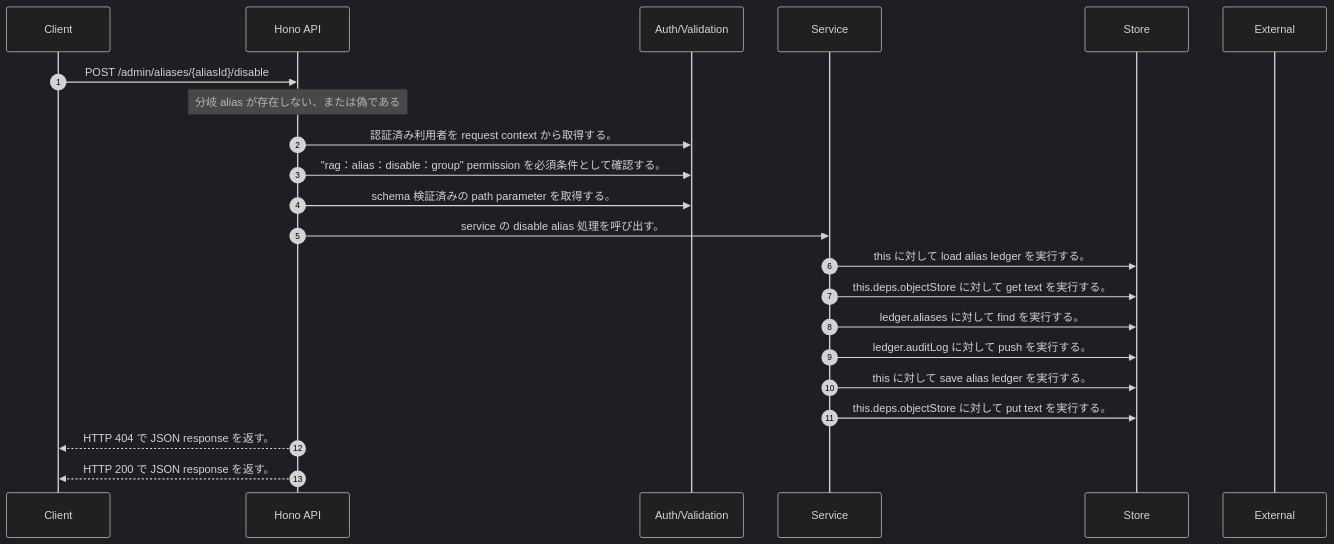
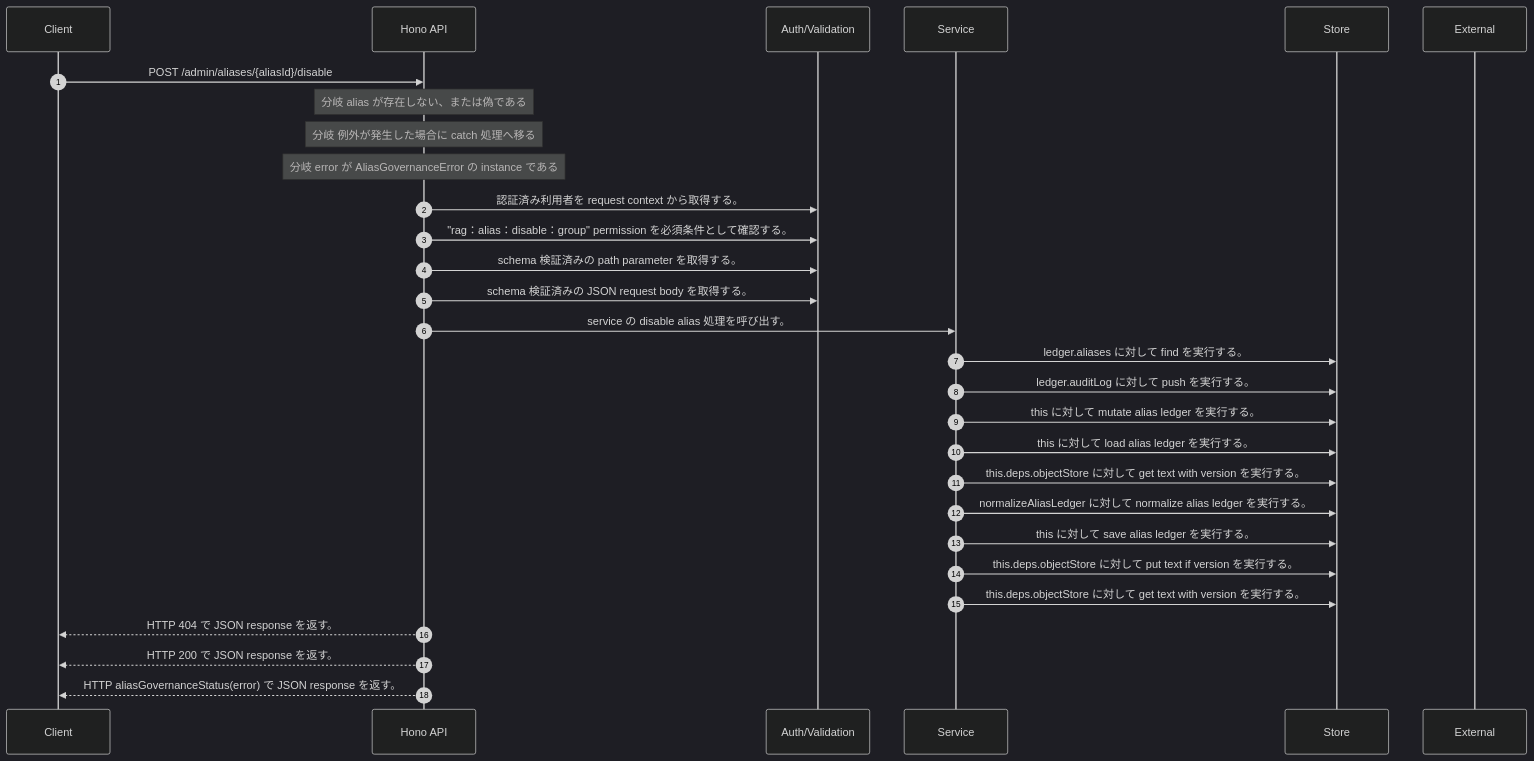
Before and after one commit to tsuji-tomonori/rag-assist: the diagram in docs/generated/api-code/post-admin-aliases-aliasid-disable/sequence_gen.md, drawn with Mermaid (dark theme). The commit also changed other lines of this file and 436 other files, not shown here.

````diff
--- a/docs/generated/api-code/post-admin-aliases-aliasid-disable/sequence_gen.md
+++ b/docs/generated/api-code/post-admin-aliases-aliasid-disable/sequence_gen.md
@@ -7,24 +7,31 @@
 ```mermaid
 sequenceDiagram
   autonumber
   participant Client as Client
   participant API as Hono API
   participant Auth as Auth/Validation
   participant Service as Service
   participant Store as Store
   participant External as External
   Client->>API: POST /admin/aliases/{aliasId}/disable
   Note over API: 分岐 alias が存在しない、または偽である
+  Note over API: 分岐 例外が発生した場合に catch 処理へ移る
+  Note over API: 分岐 error が AliasGovernanceError の instance である
   API->>Auth: 認証済み利用者を request context から取得する。
   API->>Auth: "rag：alias：disable：group" permission を必須条件として確認する。
   API->>Auth: schema 検証済みの path parameter を取得する。
+  API->>Auth: schema 検証済みの JSON request body を取得する。
   API->>Service: service の disable alias 処理を呼び出す。
-  Service->>Store: this に対して load alias ledger を実行する。
-  Service->>Store: this.deps.objectStore に対して get text を実行する。
   Service->>Store: ledger.aliases に対して find を実行する。
   Service->>Store: ledger.auditLog に対して push を実行する。
+  Service->>Store: this に対して mutate alias ledger を実行する。
+  Service->>Store: this に対して load alias ledger を実行する。
+  Service->>Store: this.deps.objectStore に対して get text with version を実行する。
+  Service->>Store: normalizeAliasLedger に対して normalize alias ledger を実行する。
   Service->>Store: this に対して save alias ledger を実行する。
-  Service->>Store: this.deps.objectStore に対して put text を実行する。
+  Service->>Store: this.deps.objectStore に対して put text if version を実行する。
+  Service->>Store: this.deps.objectStore に対して get text with version を実行する。
   API-->>Client: HTTP 404 で JSON response を返す。
   API-->>Client: HTTP 200 で JSON response を返す。
+  API-->>Client: HTTP aliasGovernanceStatus(error) で JSON response を返す。
 ```
````
